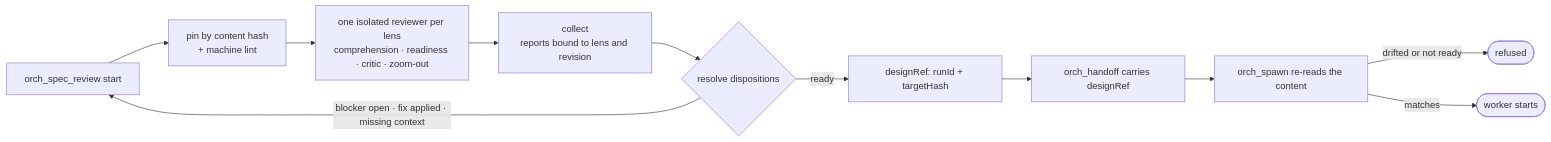
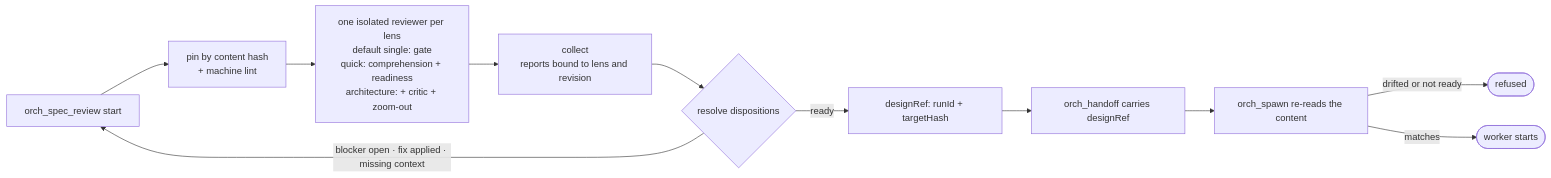
One commit to 0xfzz/my-pi-setup changed the second of 3 diagrams in docs/orchestrator.md. Above: the diagram before and after it, drawn with Mermaid. The commit also changed other lines of this file, not shown here.

First line of the commit message:
docs(orchestrator): correct the lifecycle and review diagrams

````diff
--- a/docs/orchestrator.md
+++ b/docs/orchestrator.md
@@ -83,13 +83,13 @@
 ```mermaid
 flowchart LR
     start["orch_spec_review start"] --> pin["pin by content hash<br/>+ machine lint"]
-    pin --> lenses["one isolated reviewer per lens<br/>comprehension · readiness · critic · zoom-out"]
+    pin --> lenses["one isolated reviewer per lens<br/>default single: gate<br/>quick: comprehension + readiness<br/>architecture: + critic + zoom-out"]
     lenses --> collect["collect<br/>reports bound to lens and revision"]
     collect --> resolve{"resolve dispositions"}
     resolve -->|"blocker open · fix applied · missing context"| start
     resolve -->|"ready"| ref["designRef: runId + targetHash"]
     ref --> handoff["orch_handoff carries designRef"]
     handoff --> spawn["orch_spawn re-reads the content"]
     spawn -->|"drifted or not ready"| refused(["refused"])
     spawn -->|"matches"| worker(["worker starts"])
 ```
````
